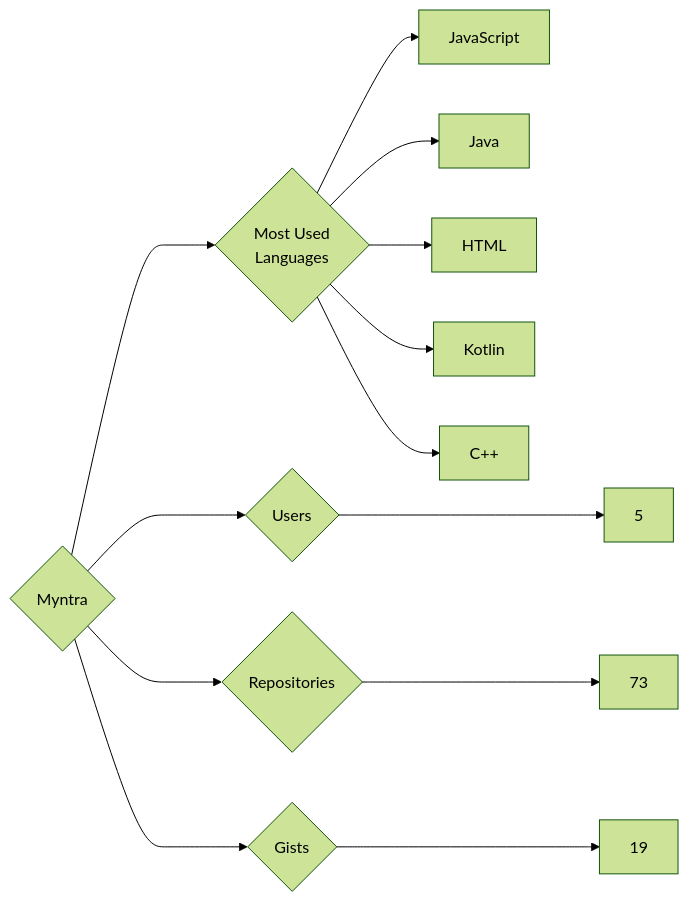
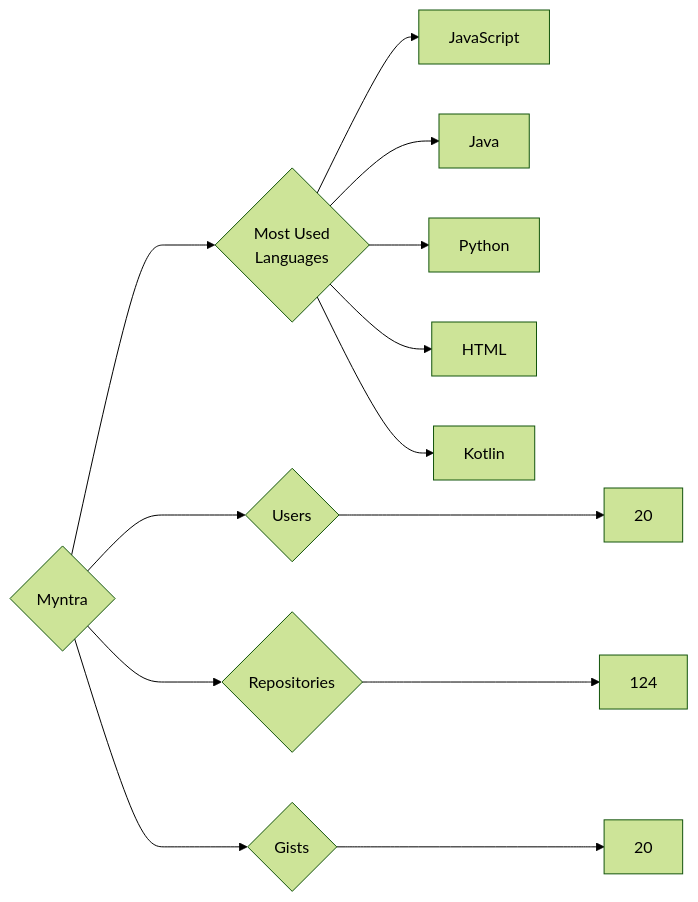
The diagram in targets/Myntra/README.md (trickest/insiders), drawn with Mermaid (forest theme) before and after one commit. The commit also changed 797 other files, not shown here.

````diff
--- a/targets/Myntra/README.md
+++ b/targets/Myntra/README.md
@@ -3,13 +3,13 @@
 ```mermaid
 graph LR
 COMPANY_NAME{Myntra}
-COMPANY_NAME ---> U{Users} ---> UN[5]
-COMPANY_NAME ---> R{Repositories} ---> RN[73]
-COMPANY_NAME ---> G{Gists} ---> GN[19]
+COMPANY_NAME ---> U{Users} ---> UN[20]
+COMPANY_NAME ---> R{Repositories} ---> RN[124]
+COMPANY_NAME ---> G{Gists} ---> GN[20]
 COMPANY_NAME ---> ML{Most Used<br>Languages}
 ML --> JavaScript[JavaScript]
 ML --> Java[Java]
+ML --> Python[Python]
 ML --> HTML[HTML]
 ML --> Kotlin[Kotlin]
-ML --> C++[C++]
 ```
````
